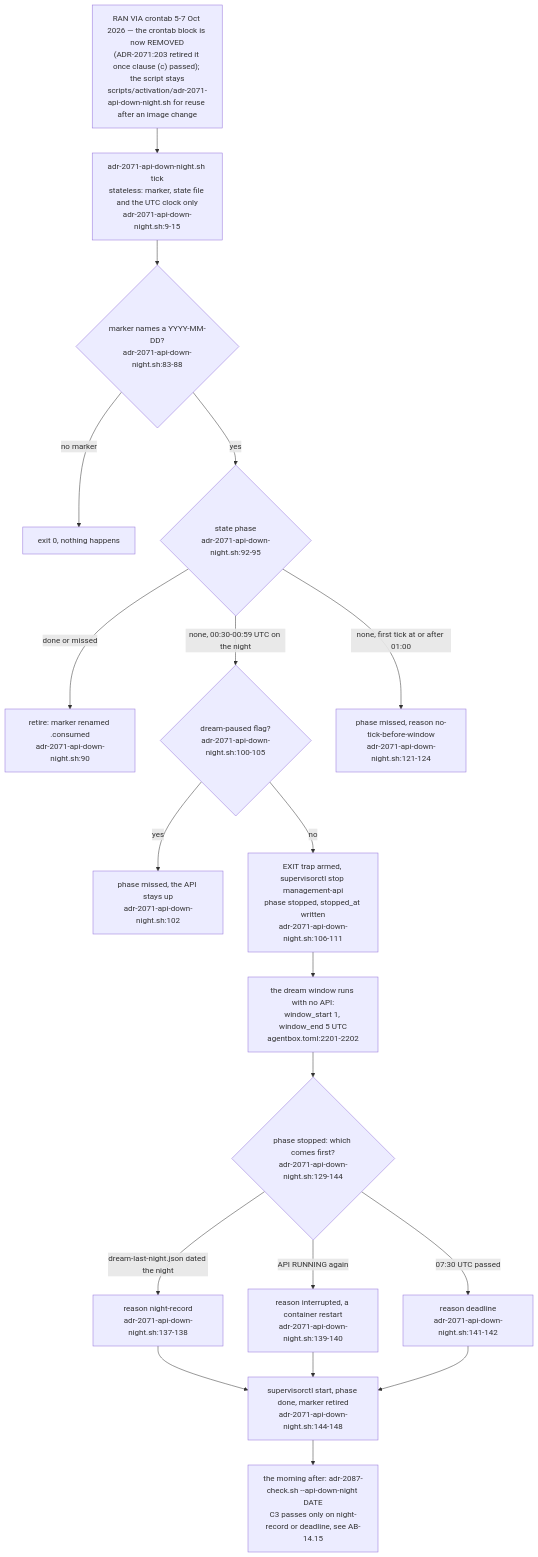
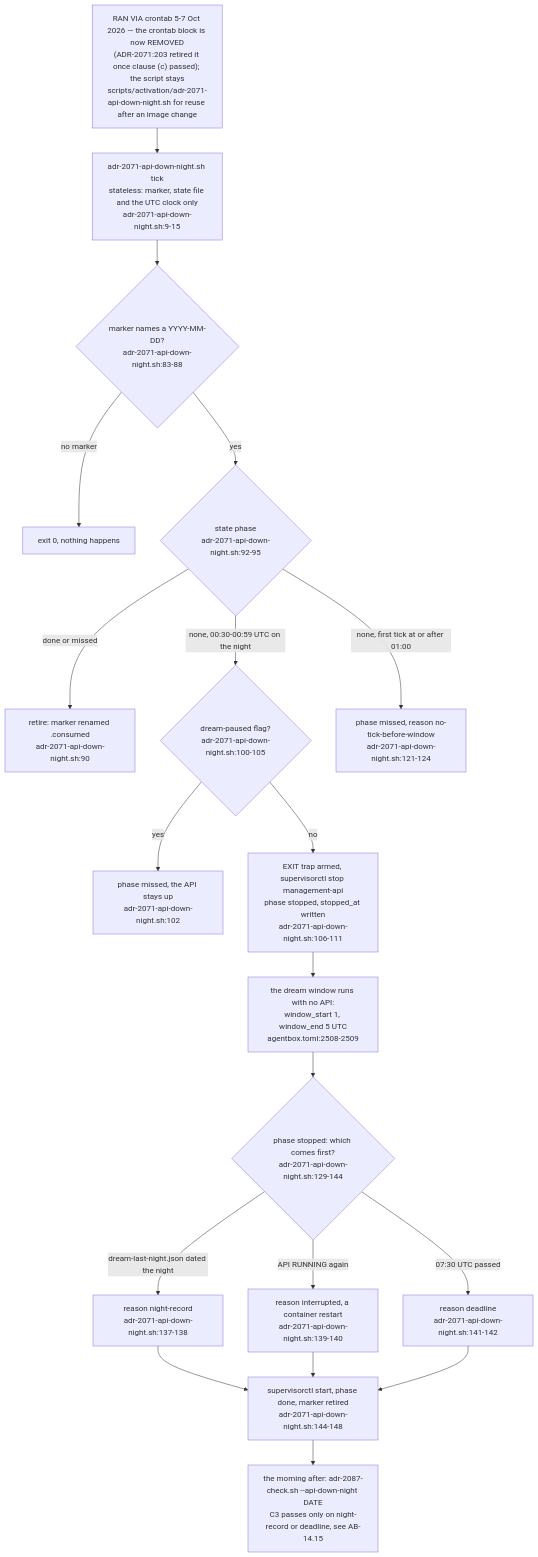
Diagram 19 of 20 in docs/diagrams/agentbox/23-dream-engine.md (DreamLab-AI/VisionFlow), drawn with Mermaid before and after one commit. The commit also changed other lines of this file and 80 other files, not shown here.

First line of the commit message:
docs(diagrams): re-verify the agentbox, dreamlab, estate and visionflow corpus against current sources

````diff
--- a/docs/diagrams/agentbox/23-dream-engine.md
+++ b/docs/diagrams/agentbox/23-dream-engine.md
@@ -969,22 +999,22 @@
 ```mermaid
 flowchart TB
     CRON["RAN VIA crontab 5-7 Oct 2026 — the crontab block is now REMOVED<br/>#40;ADR-2071:203 retired it once clause #40;c#41; passed#41;; the script stays<br/>scripts/activation/adr-2071-api-down-night.sh for reuse after an image change"]
     CRON --> TICK["adr-2071-api-down-night.sh tick<br/>stateless: marker, state file and the UTC clock only<br/>adr-2071-api-down-night.sh:9-15"]
     TICK --> MK{"marker names a YYYY-MM-DD?<br/>adr-2071-api-down-night.sh:83-88"}
     MK -->|"no marker"| NOOP["exit 0, nothing happens"]
     MK -->|"yes"| PH{"state phase<br/>adr-2071-api-down-night.sh:92-95"}
     PH -->|"done or missed"| RET["retire: marker renamed .consumed<br/>adr-2071-api-down-night.sh:90"]
     PH -->|"none, 00:30-00:59 UTC on the night"| PAUSE{"dream-paused flag?<br/>adr-2071-api-down-night.sh:100-105"}
     PAUSE -->|"yes"| MISS["phase missed, the API stays up<br/>adr-2071-api-down-night.sh:102"]
     PAUSE -->|"no"| STOP["EXIT trap armed, supervisorctl stop management-api<br/>phase stopped, stopped_at written<br/>adr-2071-api-down-night.sh:106-111"]
     PH -->|"none, first tick at or after 01:00"| MISS2["phase missed, reason no-tick-before-window<br/>adr-2071-api-down-night.sh:121-124"]
-    STOP --> NIGHT["the dream window runs with no API:<br/>window_start 1, window_end 5 UTC<br/>agentbox.toml:2201-2202"]
+    STOP --> NIGHT["the dream window runs with no API:<br/>window_start 1, window_end 5 UTC<br/>agentbox.toml:2508-2509"]
     NIGHT --> RS{"phase stopped: which comes first?<br/>adr-2071-api-down-night.sh:129-144"}
     RS -->|"dream-last-night.json dated the night"| R1["reason night-record<br/>adr-2071-api-down-night.sh:137-138"]
     RS -->|"API RUNNING again"| R2["reason interrupted, a container restart<br/>adr-2071-api-down-night.sh:139-140"]
     RS -->|"07:30 UTC passed"| R3["reason deadline<br/>adr-2071-api-down-night.sh:141-142"]
     R1 --> START["supervisorctl start, phase done, marker retired<br/>adr-2071-api-down-night.sh:144-148"]
     R2 --> START
     R3 --> START
     START --> CHK["the morning after: adr-2087-check.sh --api-down-night DATE<br/>C3 passes only on night-record or deadline, see AB-14.15"]
 ```
````
